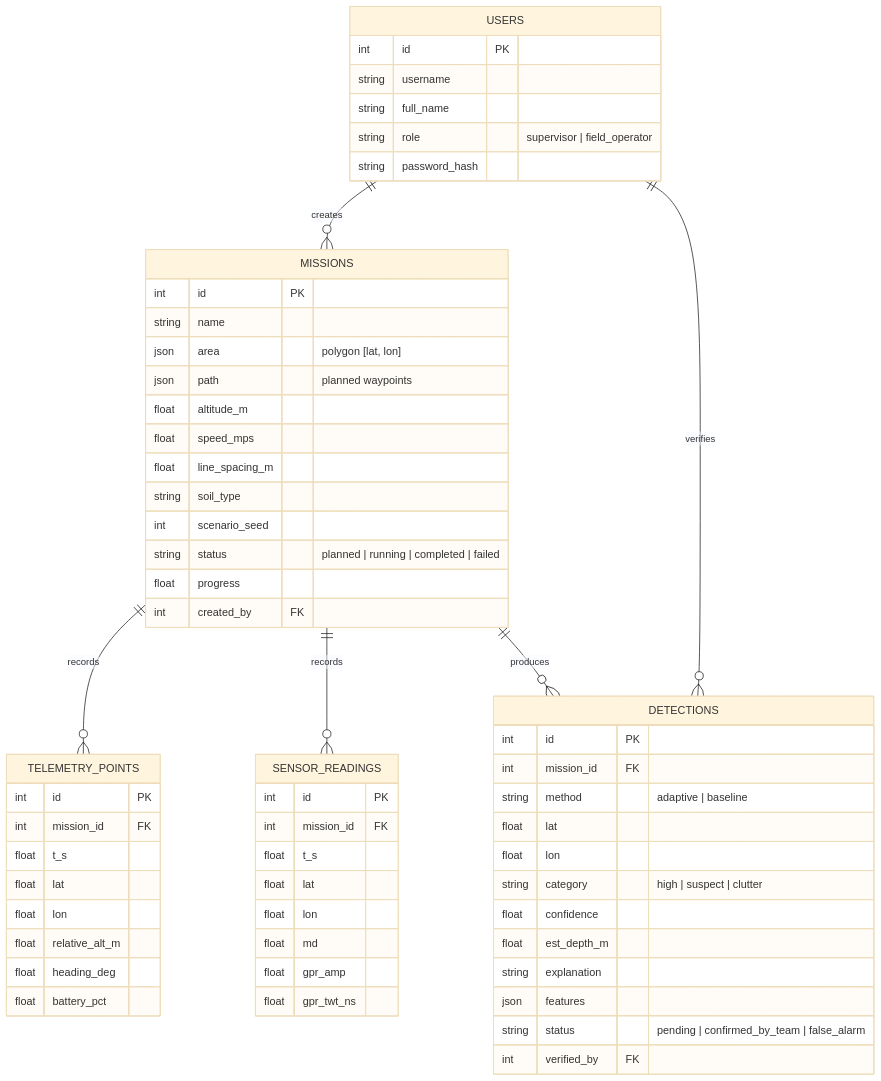
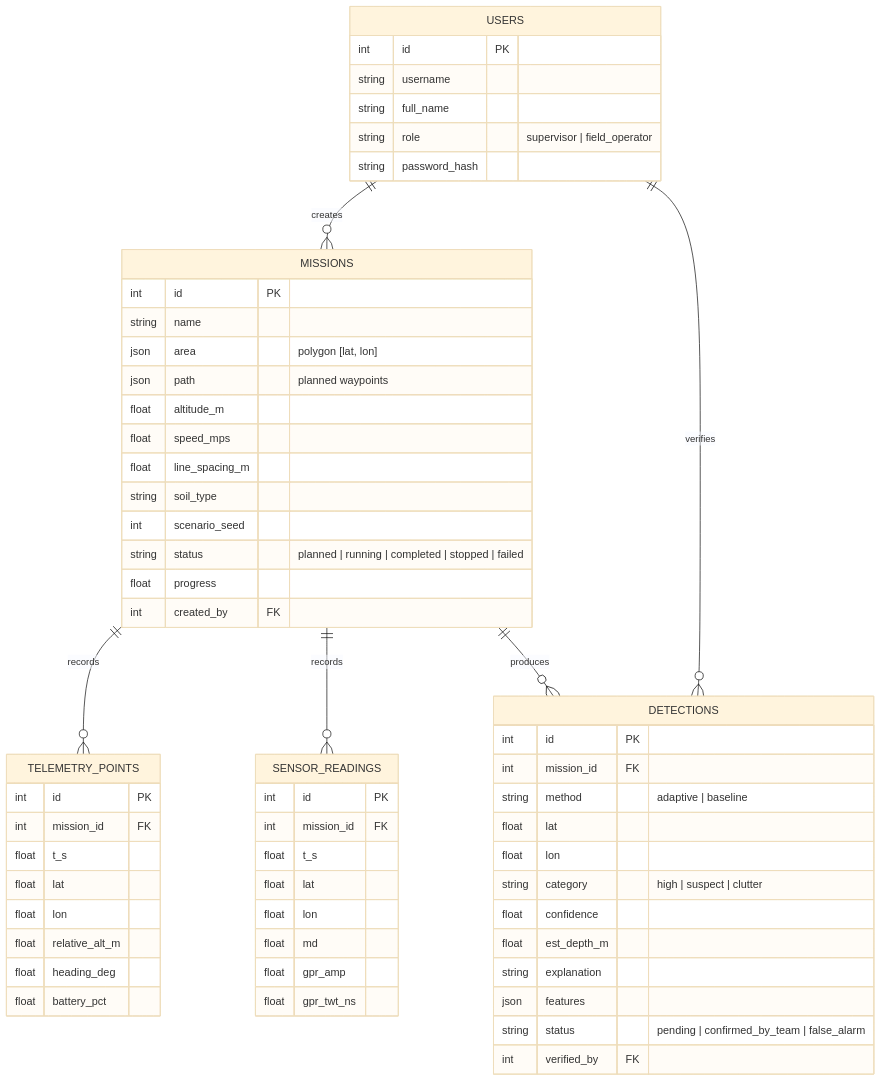
One commit to Mnsour-Aldossari/gradProjectPrototype changed the third of 4 diagrams in docs/ARCHITECTURE.md. Above: the diagram before and after it, drawn with Mermaid (base theme). The commit also changed other lines of this file and 1 other file, not shown here.

````diff
--- a/docs/ARCHITECTURE.md
+++ b/docs/ARCHITECTURE.md
@@ -134,64 +134,64 @@
 ```mermaid
 erDiagram
     USERS ||--o{ MISSIONS : creates
     MISSIONS ||--o{ TELEMETRY_POINTS : records
     MISSIONS ||--o{ SENSOR_READINGS : records
     MISSIONS ||--o{ DETECTIONS : produces
     USERS ||--o{ DETECTIONS : verifies
 
     USERS {
         int id PK
         string username
         string full_name
         string role "supervisor | field_operator"
         string password_hash
     }
     MISSIONS {
         int id PK
         string name
         json area "polygon [lat, lon]"
         json path "planned waypoints"
         float altitude_m
         float speed_mps
         float line_spacing_m
         string soil_type
         int scenario_seed
-        string status "planned | running | completed | failed"
+        string status "planned | running | completed | stopped | failed"
         float progress
         int created_by FK
     }
     TELEMETRY_POINTS {
         int id PK
         int mission_id FK
         float t_s
         float lat
         float lon
         float relative_alt_m
         float heading_deg
         float battery_pct
     }
     SENSOR_READINGS {
         int id PK
         int mission_id FK
         float t_s
         float lat
         float lon
         float md
         float gpr_amp
         float gpr_twt_ns
     }
     DETECTIONS {
         int id PK
         int mission_id FK
         string method "adaptive | baseline"
         float lat
         float lon
         string category "high | suspect | clutter"
         float confidence
         float est_depth_m
         string explanation
         json features
         string status "pending | confirmed_by_team | false_alarm"
         int verified_by FK
     }
 ```
````
